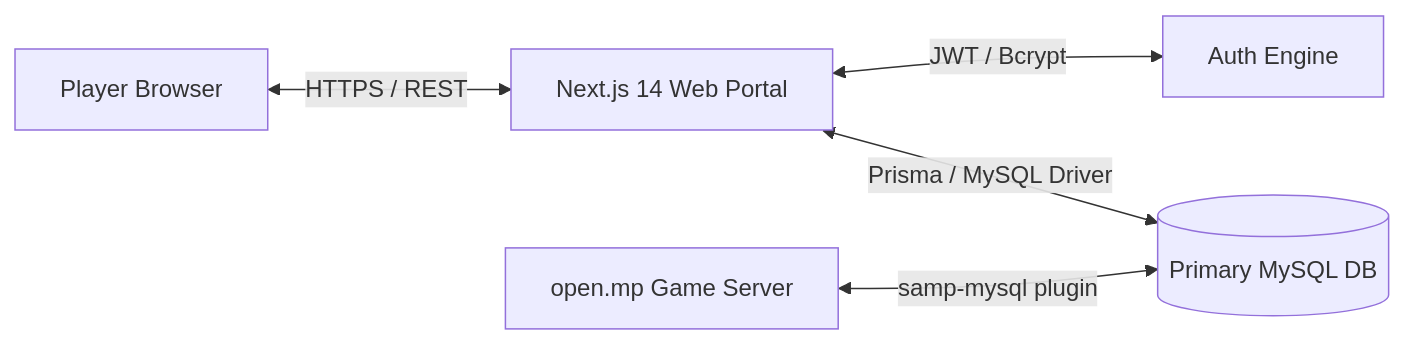
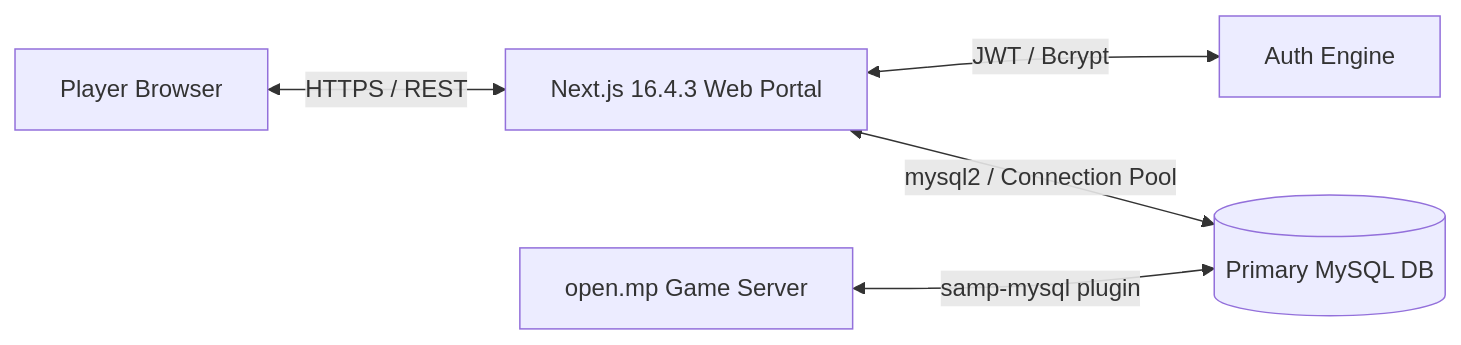
The diagram in docs/FEATURES.md (irsyaddza/samp-losjawa-rp), drawn with Mermaid before and after one commit. The commit also changed other lines of this file, not shown here.

````diff
--- a/docs/FEATURES.md
+++ b/docs/FEATURES.md
@@ -136,7 +136,7 @@
 ```mermaid
 flowchart LR
-    Client["Player Browser"] <-->|HTTPS / REST| NextApp["Next.js 14 Web Portal"]
+    Client["Player Browser"] <-->|HTTPS / REST| NextApp["Next.js 16.4.3 Web Portal"]
     NextApp <-->|JWT / Bcrypt| Auth["Auth Engine"]
-    NextApp <-->|Prisma / MySQL Driver| MySQL[("Primary MySQL DB")]
+    NextApp <-->|mysql2 / Connection Pool| MySQL[("Primary MySQL DB")]
     openmp["open.mp Game Server"] <-->|samp-mysql plugin| MySQL
 ```
````
